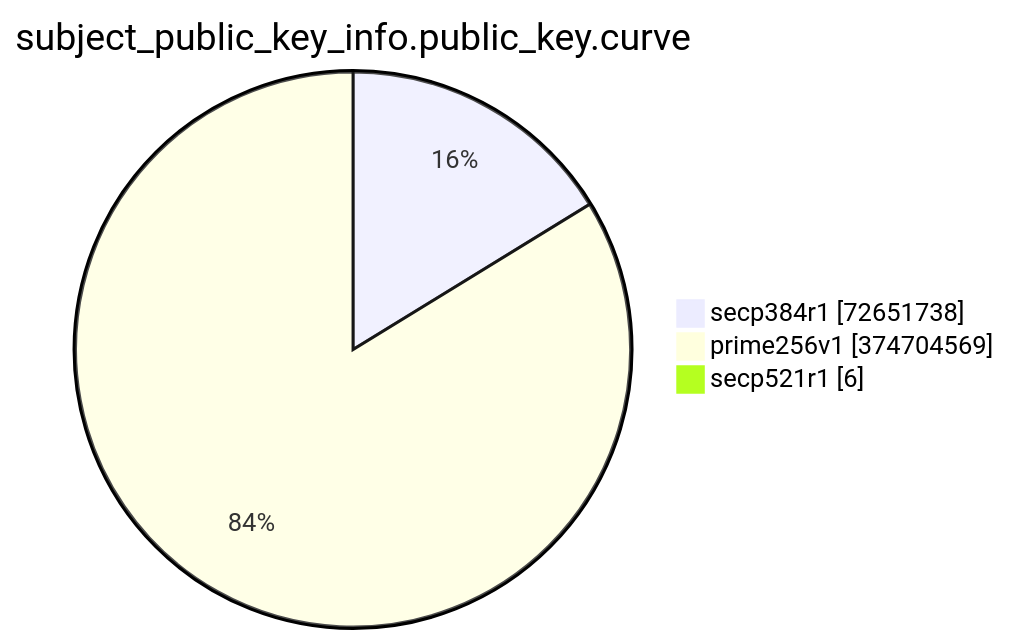
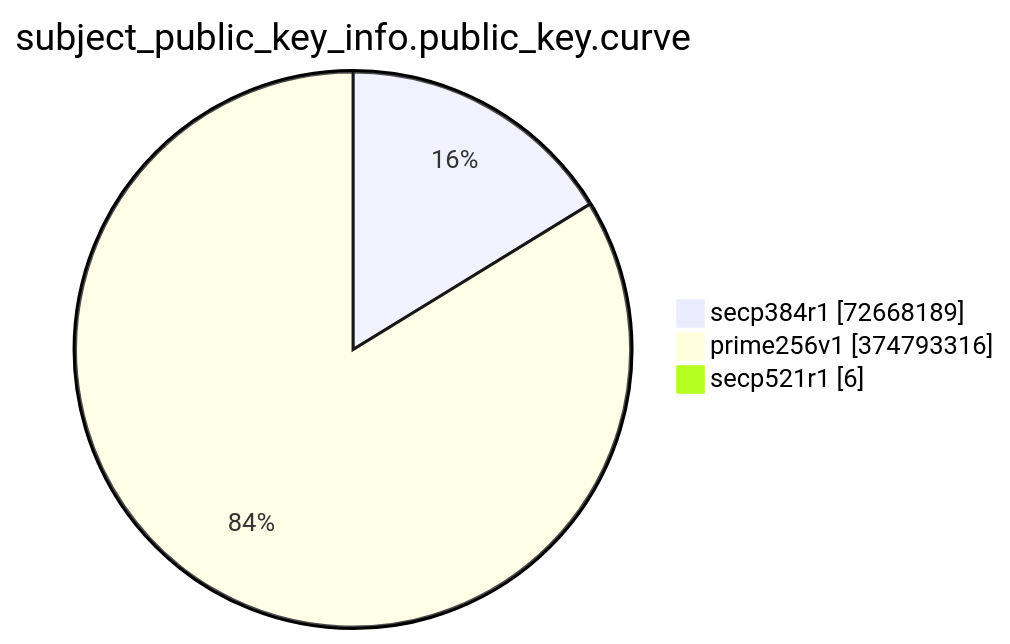
Before and after one commit to christiankrug/ctmonitor_visualization: the eighth of 15 diagrams in TOTAL/README.md, drawn with Mermaid. The commit also changed other lines of this file, not shown here.

````diff
--- a/TOTAL/README.md
+++ b/TOTAL/README.md
@@ -3094,7 +3094,7 @@
 ```mermaid
 pie showData
 title subject_public_key_info.public_key.curve
-"secp384r1" :72651738
-"prime256v1" :374704569
+"secp384r1" :72668189
+"prime256v1" :374793316
 "secp521r1" :6
 ```
````
